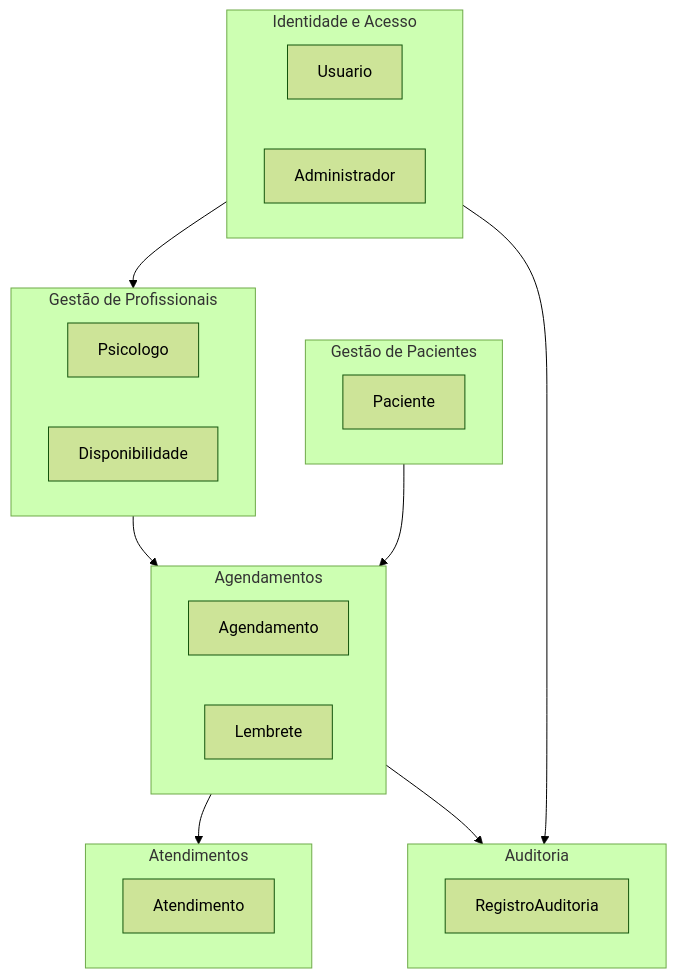
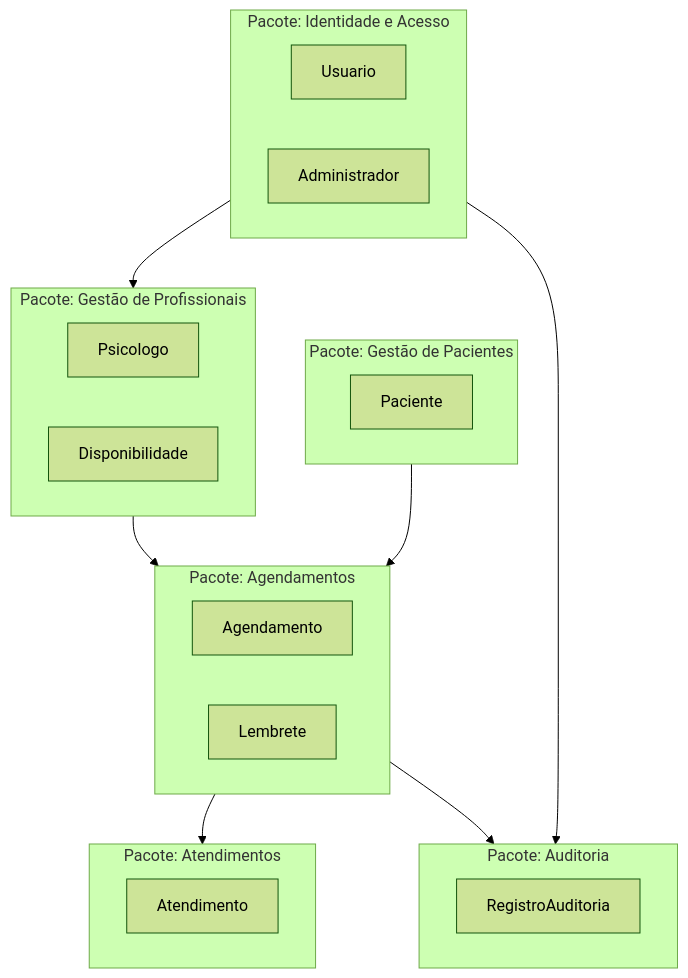
The ninth of 10 diagrams in README.md (Icaro230307/AV3-PsiConnect), drawn with Mermaid (forest theme) before and after one commit. The commit also changed other lines of this file, not shown here.

````diff
--- a/README.md
+++ b/README.md
@@ -353,36 +327,36 @@
 ```mermaid
 flowchart TB
-    subgraph Identidade["Identidade e Acesso"]
-        Usuario[Usuario]
-        Administrador[Administrador]
+    subgraph Identidade["Pacote: Identidade e Acesso"]
+        Usuario["Usuario"]
+        Administrador["Administrador"]
     end
 
-    subgraph Profissionais["Gestão de Profissionais"]
-        Psicologo[Psicologo]
-        Disponibilidade[Disponibilidade]
+    subgraph Profissionais["Pacote: Gestão de Profissionais"]
+        Psicologo["Psicologo"]
+        Disponibilidade["Disponibilidade"]
     end
 
-    subgraph Pacientes["Gestão de Pacientes"]
-        Paciente[Paciente]
+    subgraph Pacientes["Pacote: Gestão de Pacientes"]
+        Paciente["Paciente"]
     end
 
-    subgraph Agendamentos["Agendamentos"]
-        Agendamento[Agendamento]
-        Lembrete[Lembrete]
+    subgraph Agendamentos["Pacote: Agendamentos"]
+        Agendamento["Agendamento"]
+        Lembrete["Lembrete"]
     end
 
-    subgraph Atendimentos["Atendimentos"]
-        Atendimento[Atendimento]
+    subgraph Atendimentos["Pacote: Atendimentos"]
+        Atendimento["Atendimento"]
     end
 
-    subgraph Auditoria["Auditoria"]
-        Registro[RegistroAuditoria]
+    subgraph Auditoria["Pacote: Auditoria"]
+        Registro["RegistroAuditoria"]
     end
 
     Identidade --> Profissionais
     Profissionais --> Agendamentos
     Pacientes --> Agendamentos
     Agendamentos --> Atendimentos
     Agendamentos --> Auditoria
     Identidade --> Auditoria
 ```
````
